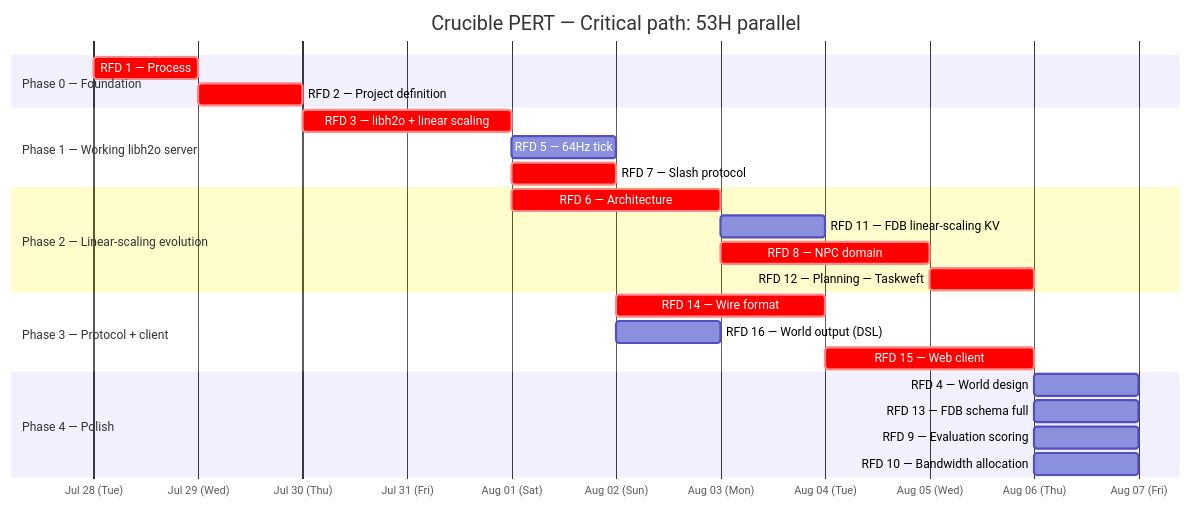
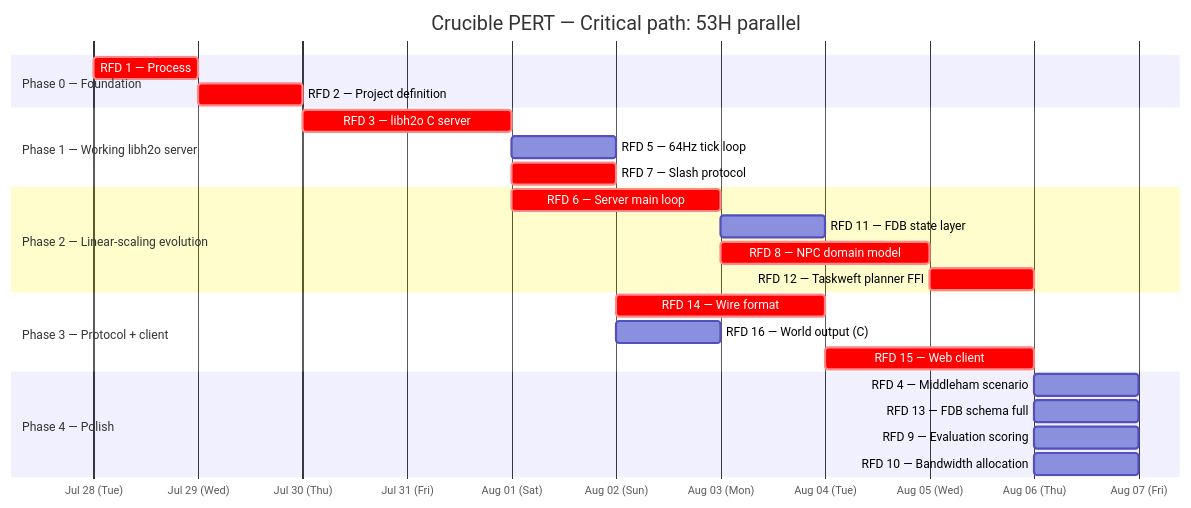
One commit to taskweft/crucible-rfd changed the second of 2 diagrams in PERT_PLAN.md. Above: the diagram before and after it, drawn with Mermaid. The commit also changed other lines of this file and 1 other file, not shown here.

Commit message:
Stack decision: C + libh2o (StarVote 28/35). Update PERT plan with stack dependencies.

````diff
--- a/PERT_PLAN.md
+++ b/PERT_PLAN.md
@@ -107,32 +124,32 @@
 ```mermaid
 gantt
     title Crucible PERT — Critical path: 53H parallel
     dateFormat  YYYY-MM-DD
     axisFormat  %b %d (%a)
 
     section Phase 0 — Foundation
     RFD 1 — Process               :crit, r1, 2026-07-28, 1d
     RFD 2 — Project definition    :crit, r2, after r1, 1d
 
     section Phase 1 — Working libh2o server
-    RFD 3 — libh2o + linear scaling :crit, r3, after r2, 2d
-    RFD 5 — 64Hz tick             :r5, after r3, 0.5d
+    RFD 3 — libh2o C server       :crit, r3, after r2, 2d
+    RFD 5 — 64Hz tick loop        :r5, after r3, 0.5d
     RFD 7 — Slash protocol        :crit, r7, after r3, 0.75d
 
     section Phase 2 — Linear-scaling evolution
-    RFD 6 — Architecture          :crit, r6, after r3, 1.5d
-    RFD 11 — FDB linear-scaling KV:r11, after r6, 1d
-    RFD 8 — NPC domain            :crit, r8, after r6, 1.5d
-    RFD 12 — Planning — Taskweft  :crit, r12, after r8, 1d
+    RFD 6 — Server main loop      :crit, r6, after r3, 1.5d
+    RFD 11 — FDB state layer      :r11, after r6, 1d
+    RFD 8 — NPC domain model      :crit, r8, after r6, 1.5d
+    RFD 12 — Taskweft planner FFI :crit, r12, after r8, 1d
 
     section Phase 3 — Protocol + client
     RFD 14 — Wire format          :crit, r14, after r7, 1.5d
-    RFD 16 — World output (DSL)   :r16, after r7, 0.5d
+    RFD 16 — World output (C)     :r16, after r7, 0.5d
     RFD 15 — Web client           :crit, r15, after r14, 2d
 
     section Phase 4 — Polish
-    RFD 4 — World design          :r4, after r15, 1d
+    RFD 4 — Middleham scenario    :r4, after r15, 1d
     RFD 13 — FDB schema full      :r13, after r15, 1d
     RFD 9 — Evaluation scoring    :r9, after r15, 1d
     RFD 10 — Bandwidth allocation  :r10, after r15, 1d
 ```
````
